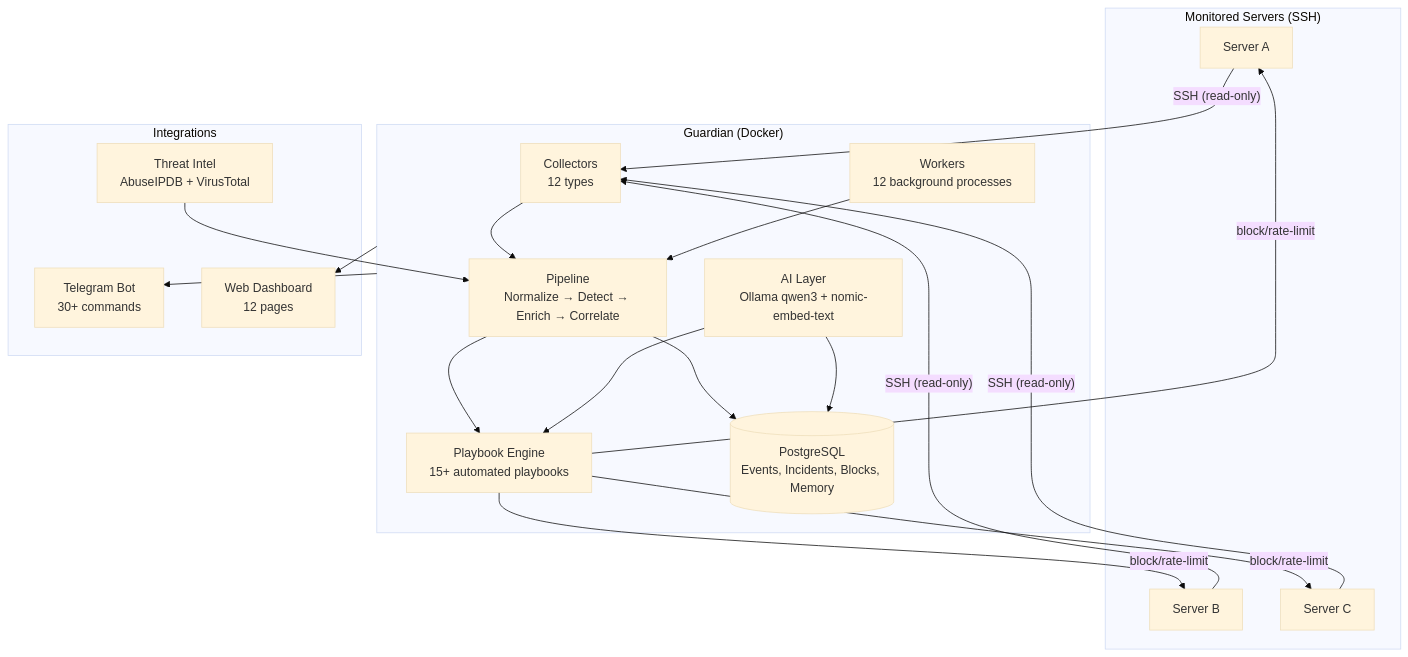
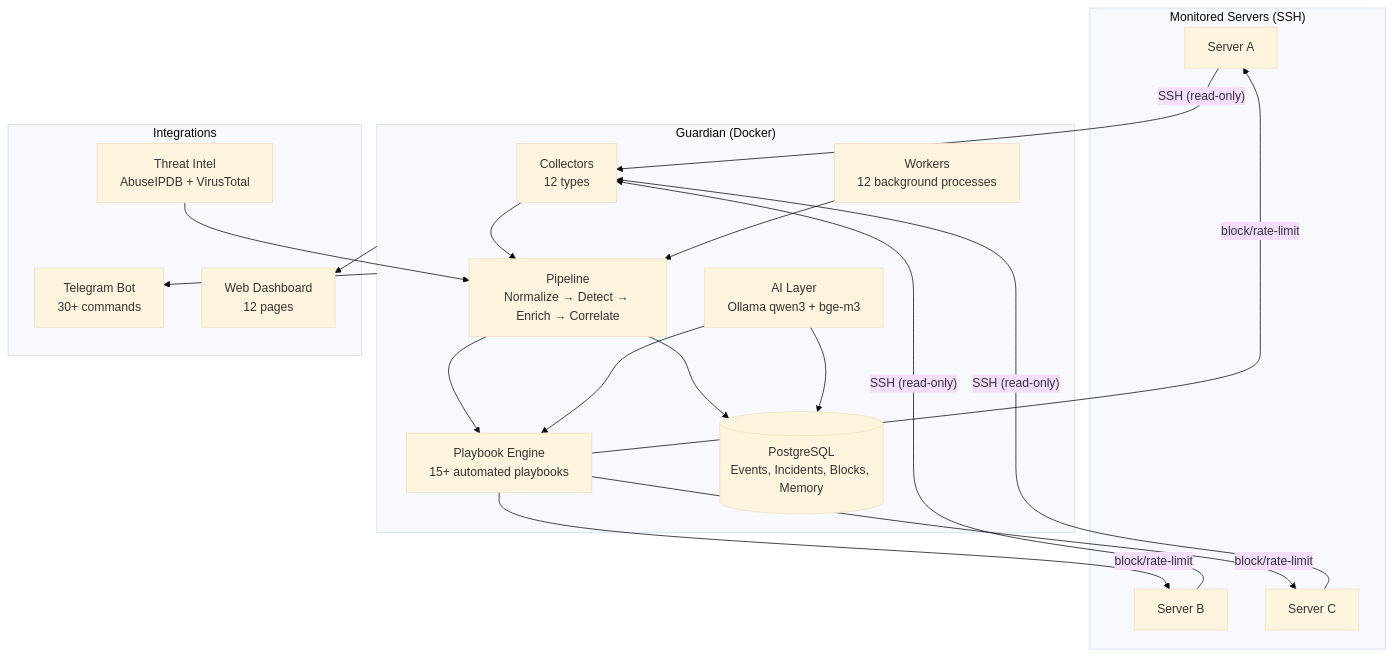
Before and after one commit to afborda/guardian-blue-team: the second of 8 diagrams in README.md, drawn with Mermaid (base theme). The commit also changed other lines of this file and 1 other file, not shown here.

````diff
--- a/README.md
+++ b/README.md
@@ -89,33 +89,33 @@
 ```mermaid
 graph TB
     subgraph Servers["Monitored Servers (SSH)"]
         S1[Server A]
         S2[Server B]
         S3[Server C]
     end
 
     subgraph Guardian["Guardian (Docker)"]
         COLLECT[Collectors\n12 types]
         PIPE[Pipeline\nNormalize → Detect → Enrich → Correlate]
         ENGINE[Playbook Engine\n15+ automated playbooks]
-        AI_LAYER[AI Layer\nOllama qwen3 + nomic-embed-text]
+        AI_LAYER[AI Layer\nOllama qwen3 + bge-m3]
         DB[(PostgreSQL\nEvents, Incidents, Blocks, Memory)]
         WORKERS[Workers\n12 background processes]
     end
 
     subgraph External["Integrations"]
         TG[Telegram Bot\n30+ commands]
         DASH[Web Dashboard\n12 pages]
         INTEL[Threat Intel\nAbuseIPDB + VirusTotal]
     end
 
     S1 & S2 & S3 -->|"SSH (read-only)"| COLLECT
     COLLECT --> PIPE --> ENGINE
     ENGINE -->|"block/rate-limit"| S1 & S2 & S3
     PIPE --> DB
     AI_LAYER --> ENGINE
     AI_LAYER --> DB
     WORKERS --> PIPE
     Guardian --> TG & DASH
     INTEL --> PIPE
 ```
````
